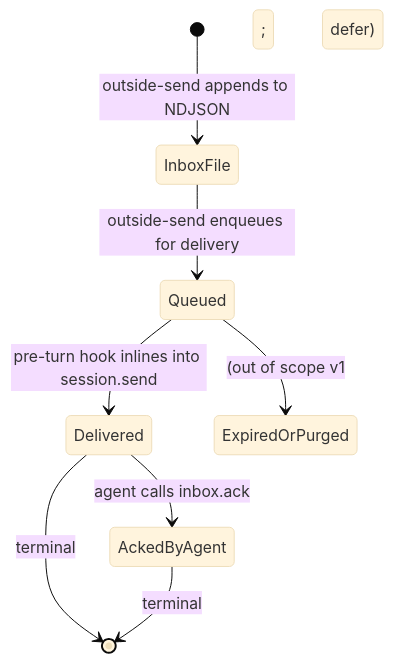
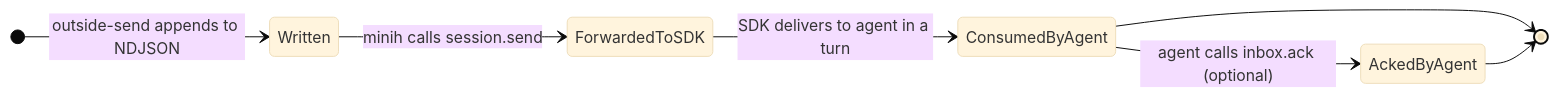
The third of 4 diagrams in docs/plans/007-backgrounding/workshops/007-user-journey-coder-and-reviewer.md (AI-Substrate/minih), drawn with Mermaid (base theme) before and after one commit. The commit also changed other lines of this file and 22 other files, not shown here.

````diff
--- a/docs/plans/007-backgrounding/workshops/007-user-journey-coder-and-reviewer.md
+++ b/docs/plans/007-backgrounding/workshops/007-user-journey-coder-and-reviewer.md
@@ -186,10 +194,10 @@
 ```mermaid
 stateDiagram-v2
-    [*] --> InboxFile: outside-send appends to NDJSON
-    InboxFile --> Queued: outside-send enqueues for delivery
-    Queued --> Delivered: pre-turn hook inlines into session.send
-    Delivered --> AckedByAgent: agent calls inbox.ack
-    Queued --> ExpiredOrPurged: (out of scope v1; defer)
-    Delivered --> [*]: terminal
-    AckedByAgent --> [*]: terminal
+    direction LR
+    [*] --> Written: outside-send appends to NDJSON
+    Written --> ForwardedToSDK: minih calls session.send
+    ForwardedToSDK --> ConsumedByAgent: SDK delivers to agent in a turn
+    ConsumedByAgent --> AckedByAgent: agent calls inbox.ack (optional)
+    ConsumedByAgent --> [*]
+    AckedByAgent --> [*]
 ```
````
